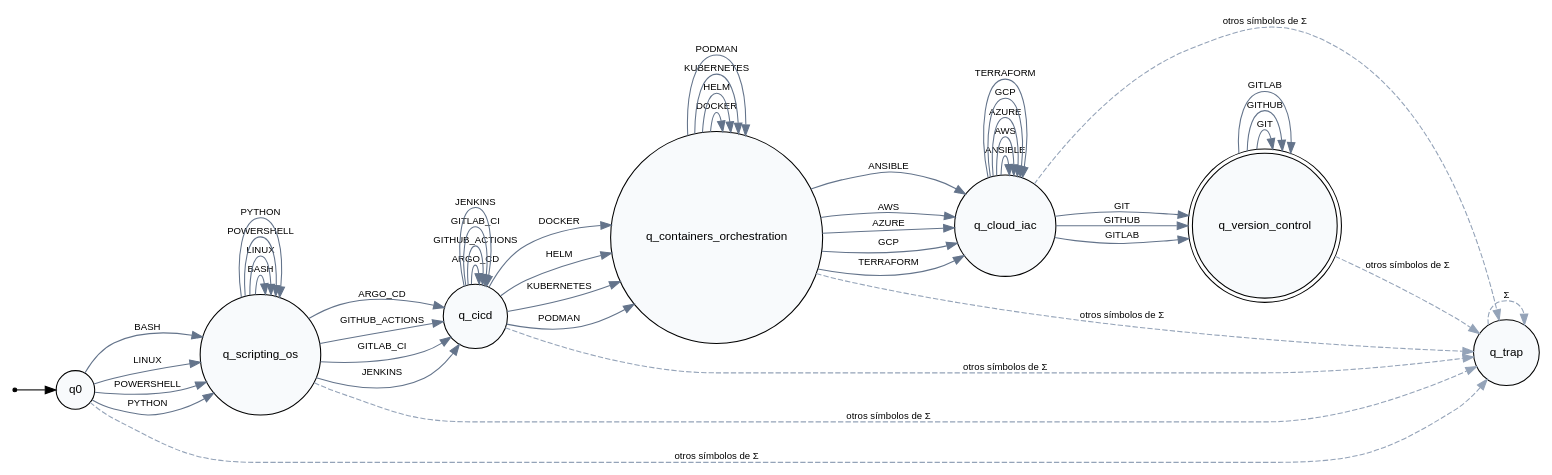
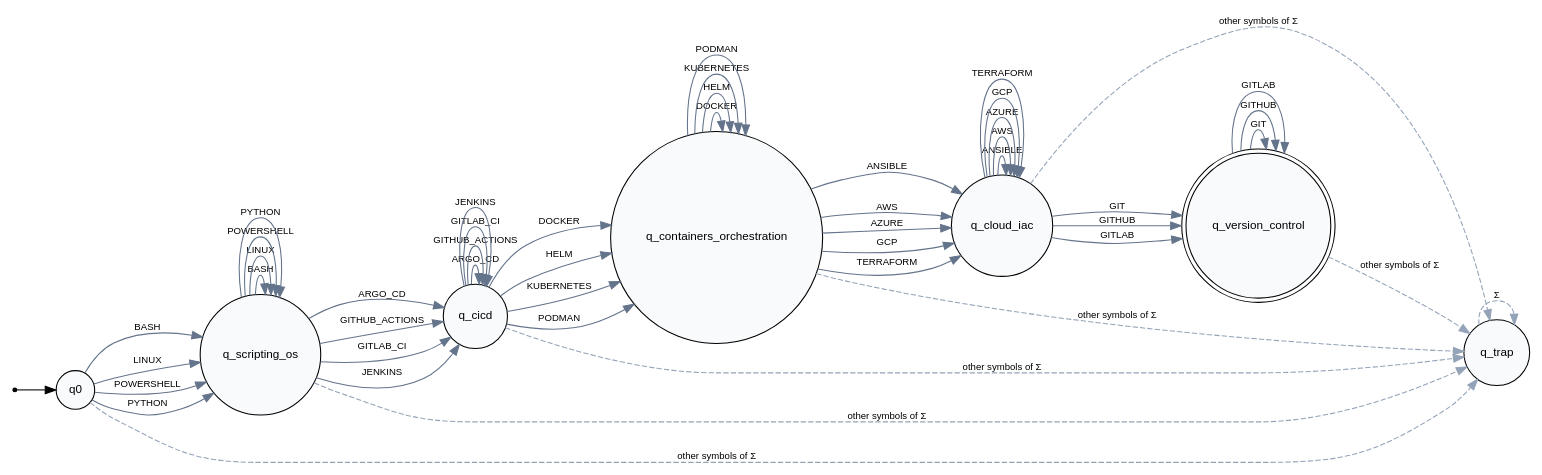
One commit to JuanJoe-18/DiscreteIII-Integrative-Task-VictorTeam changed the diagram in docs/diagrams/cloud_devops.dot. Above: the diagram before and after it, drawn with Graphviz. The commit also changed 30 other files, not shown here.

```diff
--- a/docs/diagrams/cloud_devops.dot
+++ b/docs/diagrams/cloud_devops.dot
@@ -1,61 +1,61 @@
 digraph DFA_cloud_devops {
 	rankdir=LR
 	node [fontname=Helvetica fontsize=11 style=filled]
 	edge [fontname=Helvetica fontsize=9]
 	__start [label="" shape=point]
 	__start -> q0
 	q0 [fillcolor="#f8fafc" shape=circle]
 	q_cicd [fillcolor="#f8fafc" shape=circle]
 	q_cloud_iac [fillcolor="#f8fafc" shape=circle]
 	q_containers_orchestration [fillcolor="#f8fafc" shape=circle]
 	q_scripting_os [fillcolor="#f8fafc" shape=circle]
 	q_trap [fillcolor="#f8fafc" shape=circle]
 	q_version_control [fillcolor="#f8fafc" shape=doublecircle]
 	q0 -> q_scripting_os [label=BASH color="#64748b" penwidth=1.0]
 	q0 -> q_scripting_os [label=LINUX color="#64748b" penwidth=1.0]
 	q0 -> q_scripting_os [label=POWERSHELL color="#64748b" penwidth=1.0]
 	q0 -> q_scripting_os [label=PYTHON color="#64748b" penwidth=1.0]
 	q_cicd -> q_cicd [label=ARGO_CD color="#64748b" penwidth=1.0]
 	q_cicd -> q_containers_orchestration [label=DOCKER color="#64748b" penwidth=1.0]
 	q_cicd -> q_cicd [label=GITHUB_ACTIONS color="#64748b" penwidth=1.0]
 	q_cicd -> q_cicd [label=GITLAB_CI color="#64748b" penwidth=1.0]
 	q_cicd -> q_containers_orchestration [label=HELM color="#64748b" penwidth=1.0]
 	q_cicd -> q_cicd [label=JENKINS color="#64748b" penwidth=1.0]
 	q_cicd -> q_containers_orchestration [label=KUBERNETES color="#64748b" penwidth=1.0]
 	q_cicd -> q_containers_orchestration [label=PODMAN color="#64748b" penwidth=1.0]
 	q_cloud_iac -> q_cloud_iac [label=ANSIBLE color="#64748b" penwidth=1.0]
 	q_cloud_iac -> q_cloud_iac [label=AWS color="#64748b" penwidth=1.0]
 	q_cloud_iac -> q_cloud_iac [label=AZURE color="#64748b" penwidth=1.0]
 	q_cloud_iac -> q_cloud_iac [label=GCP color="#64748b" penwidth=1.0]
 	q_cloud_iac -> q_version_control [label=GIT color="#64748b" penwidth=1.0]
 	q_cloud_iac -> q_version_control [label=GITHUB color="#64748b" penwidth=1.0]
 	q_cloud_iac -> q_version_control [label=GITLAB color="#64748b" penwidth=1.0]
 	q_cloud_iac -> q_cloud_iac [label=TERRAFORM color="#64748b" penwidth=1.0]
 	q_containers_orchestration -> q_cloud_iac [label=ANSIBLE color="#64748b" penwidth=1.0]
 	q_containers_orchestration -> q_cloud_iac [label=AWS color="#64748b" penwidth=1.0]
 	q_containers_orchestration -> q_cloud_iac [label=AZURE color="#64748b" penwidth=1.0]
 	q_containers_orchestration -> q_containers_orchestration [label=DOCKER color="#64748b" penwidth=1.0]
 	q_containers_orchestration -> q_cloud_iac [label=GCP color="#64748b" penwidth=1.0]
 	q_containers_orchestration -> q_containers_orchestration [label=HELM color="#64748b" penwidth=1.0]
 	q_containers_orchestration -> q_containers_orchestration [label=KUBERNETES color="#64748b" penwidth=1.0]
 	q_containers_orchestration -> q_containers_orchestration [label=PODMAN color="#64748b" penwidth=1.0]
 	q_containers_orchestration -> q_cloud_iac [label=TERRAFORM color="#64748b" penwidth=1.0]
 	q_scripting_os -> q_cicd [label=ARGO_CD color="#64748b" penwidth=1.0]
 	q_scripting_os -> q_scripting_os [label=BASH color="#64748b" penwidth=1.0]
 	q_scripting_os -> q_cicd [label=GITHUB_ACTIONS color="#64748b" penwidth=1.0]
 	q_scripting_os -> q_cicd [label=GITLAB_CI color="#64748b" penwidth=1.0]
 	q_scripting_os -> q_cicd [label=JENKINS color="#64748b" penwidth=1.0]
 	q_scripting_os -> q_scripting_os [label=LINUX color="#64748b" penwidth=1.0]
 	q_scripting_os -> q_scripting_os [label=POWERSHELL color="#64748b" penwidth=1.0]
 	q_scripting_os -> q_scripting_os [label=PYTHON color="#64748b" penwidth=1.0]
 	q_version_control -> q_version_control [label=GIT color="#64748b" penwidth=1.0]
 	q_version_control -> q_version_control [label=GITHUB color="#64748b" penwidth=1.0]
 	q_version_control -> q_version_control [label=GITLAB color="#64748b" penwidth=1.0]
-	q0 -> q_trap [label="otros símbolos de Σ" color="#94a3b8" style=dashed]
-	q_cicd -> q_trap [label="otros símbolos de Σ" color="#94a3b8" style=dashed]
-	q_cloud_iac -> q_trap [label="otros símbolos de Σ" color="#94a3b8" style=dashed]
-	q_containers_orchestration -> q_trap [label="otros símbolos de Σ" color="#94a3b8" style=dashed]
-	q_scripting_os -> q_trap [label="otros símbolos de Σ" color="#94a3b8" style=dashed]
+	q0 -> q_trap [label="other symbols of Σ" color="#94a3b8" style=dashed]
+	q_cicd -> q_trap [label="other symbols of Σ" color="#94a3b8" style=dashed]
+	q_cloud_iac -> q_trap [label="other symbols of Σ" color="#94a3b8" style=dashed]
+	q_containers_orchestration -> q_trap [label="other symbols of Σ" color="#94a3b8" style=dashed]
+	q_scripting_os -> q_trap [label="other symbols of Σ" color="#94a3b8" style=dashed]
 	q_trap -> q_trap [label="Σ" color="#94a3b8" style=dashed]
-	q_version_control -> q_trap [label="otros símbolos de Σ" color="#94a3b8" style=dashed]
+	q_version_control -> q_trap [label="other symbols of Σ" color="#94a3b8" style=dashed]
 }
```
